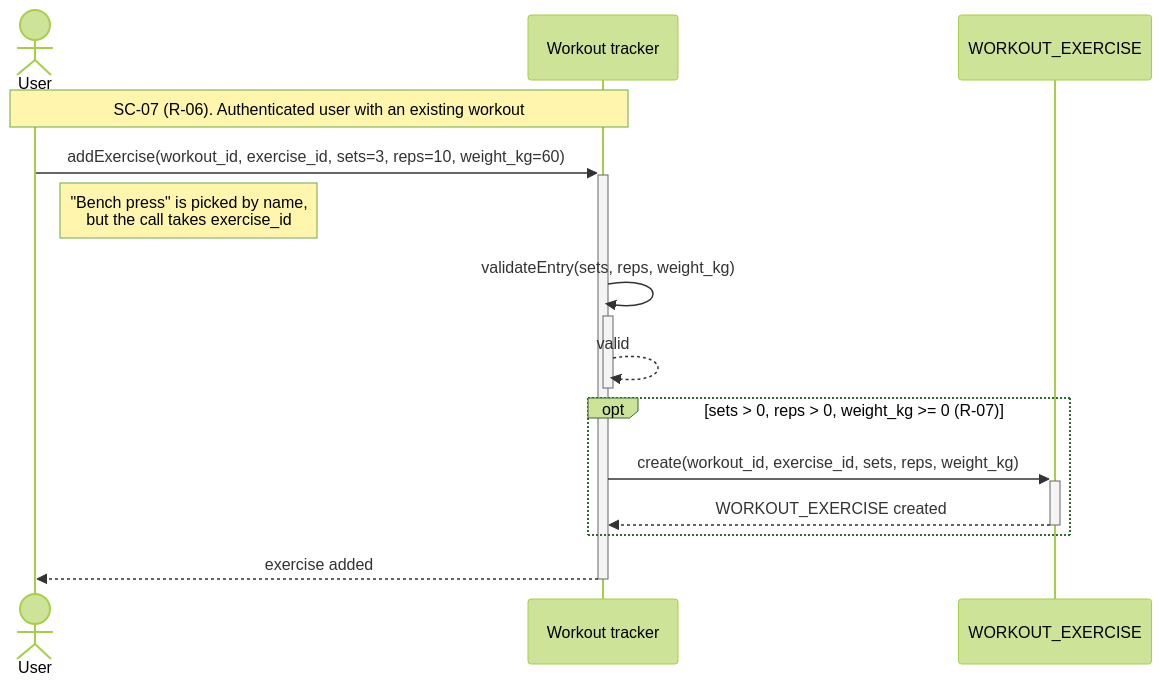
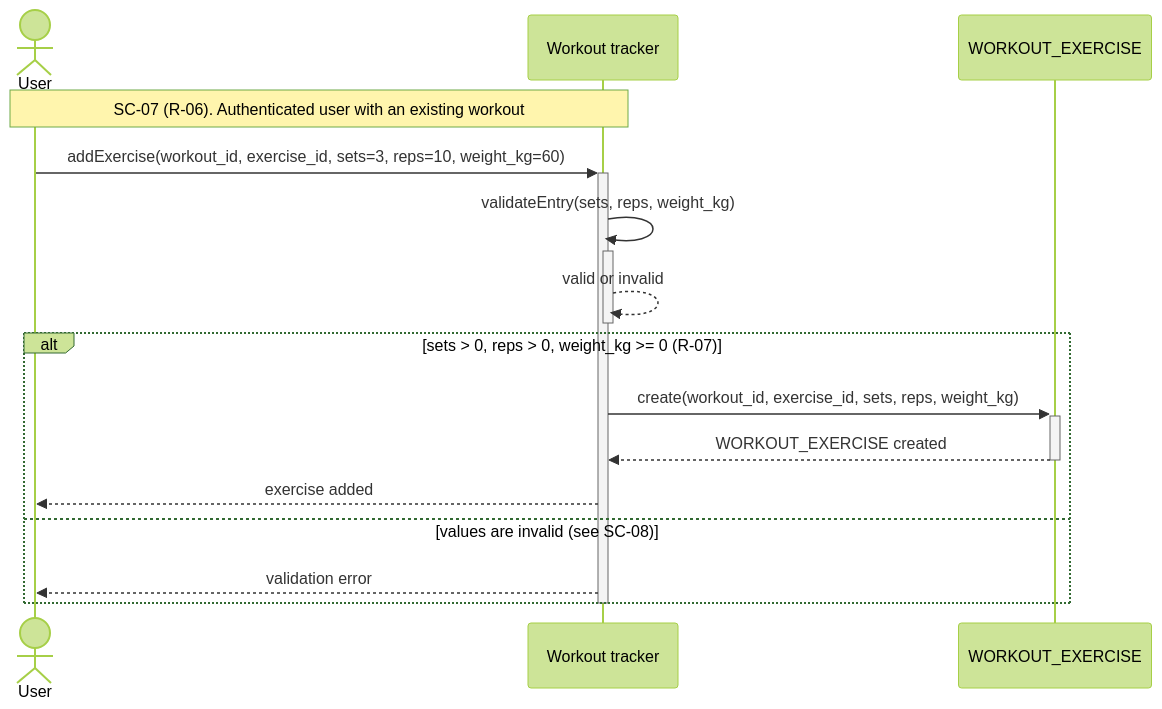
One commit to setlors/kpi-2 changed the diagram in task-3/sequence-diagram-sc-07.mmd. Above: the diagram before and after it, drawn with Mermaid (forest theme). The commit also changed 5 other files, not shown here.

Commit message:
update task 3 diagrams

```diff
--- a/task-3/sequence-diagram-sc-07.mmd
+++ b/task-3/sequence-diagram-sc-07.mmd
@@ -1,15 +1,17 @@
 sequenceDiagram
     actor U as User
     participant T as Workout tracker
     participant WE as WORKOUT_EXERCISE
 
     Note over U,T: SC-07 (R-06). Authenticated user with an existing workout
     U->>+T: addExercise(workout_id, exercise_id, sets=3, reps=10, weight_kg=60)
-    Note right of U: "Bench press" is picked by name,<br/>but the call takes exercise_id
     T->>+T: validateEntry(sets, reps, weight_kg)
-    T-->>-T: valid
-    opt sets > 0, reps > 0, weight_kg >= 0 (R-07)
+    T-->>-T: valid or invalid
+    alt sets > 0, reps > 0, weight_kg >= 0 (R-07)
         T->>+WE: create(workout_id, exercise_id, sets, reps, weight_kg)
         WE-->>-T: WORKOUT_EXERCISE created
+        T-->>U: exercise added
+    else values are invalid (see SC-08)
+        T-->>U: validation error
     end
-    T-->>-U: exercise added
+    deactivate T
```
